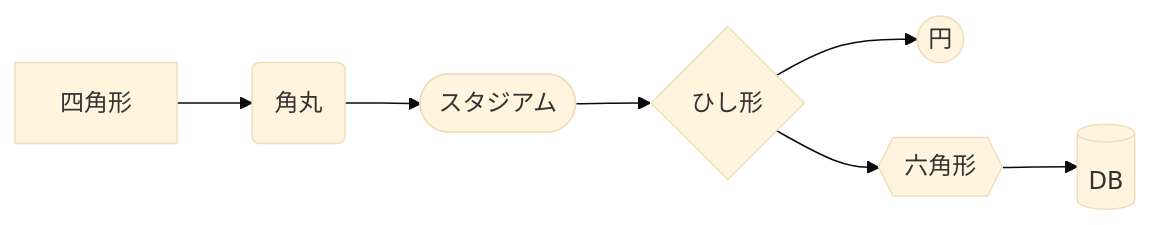
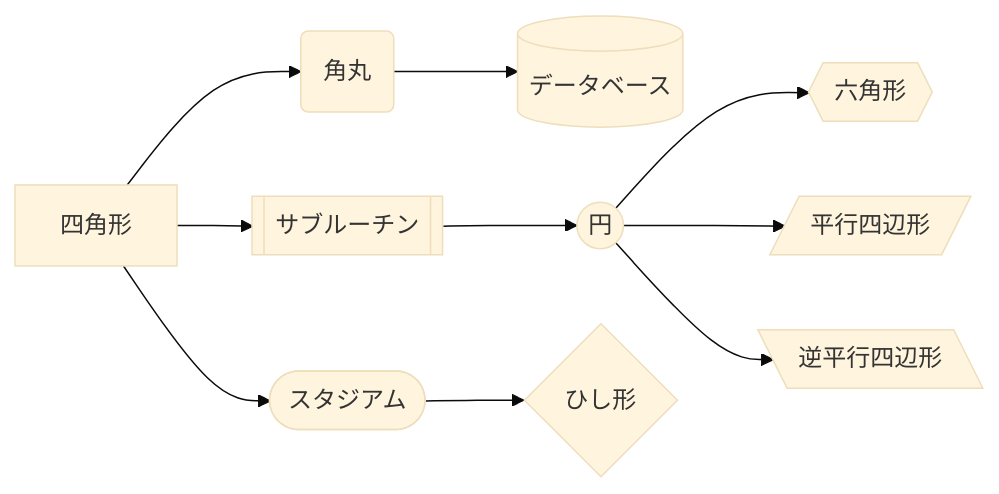
Before and after one commit to nagito-hiroshima/nagito-hiroshima: the fourth of 11 diagrams in md.md, drawn with Mermaid (base theme).

````diff
--- a/md.md
+++ b/md.md
@@ -74,9 +74,12 @@
 ```mermaid
 flowchart LR
 A[四角形] --> B(角丸)
-B --> C([スタジアム])
-C --> D{ひし形}
-D --> E((円))
-D --> F{{六角形}}
-F --> G[(DB)]
+A --> C([スタジアム])
+A --> D[[サブルーチン]]
+B --> G[(データベース)]
+D --> F((円))
+C --> E{ひし形}
+F --> Q{{六角形}}
+F --> R[/平行四辺形/]
+F --> S[\逆平行四辺形\]
 ```
````
